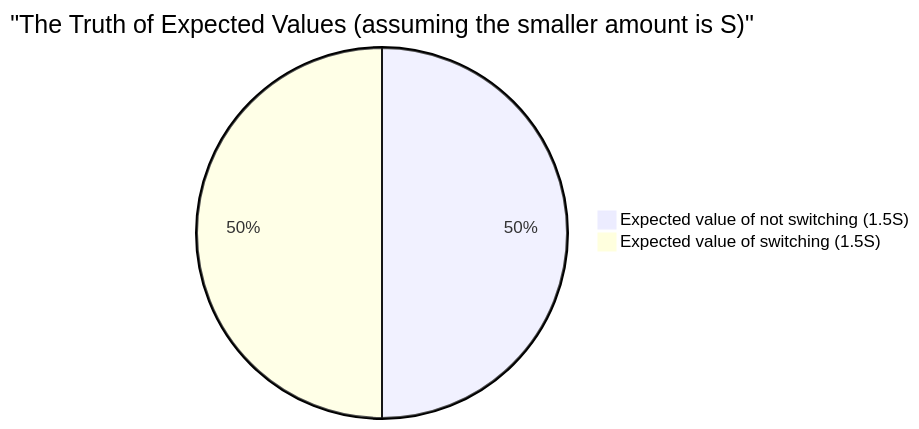
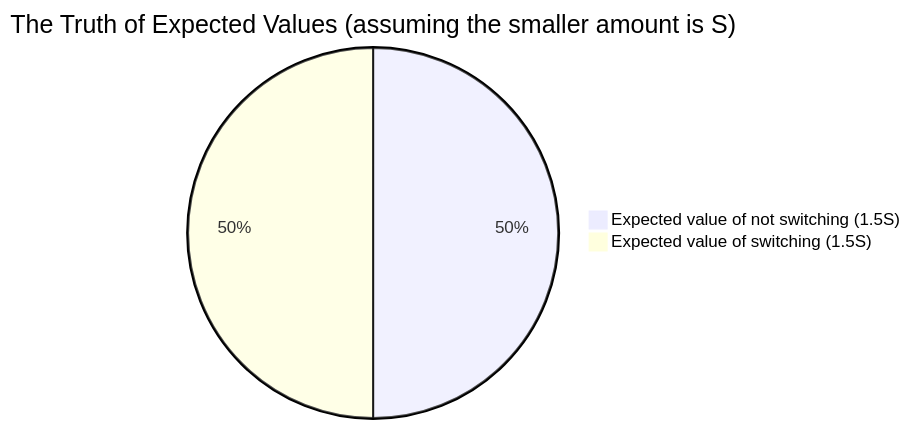
The second of 2 diagrams in content/post/2つの封筒のパラドックス/index.en.md (kenjinote/blog), drawn with Mermaid before and after one commit. The commit also changed other lines of this file and 703 other files, not shown here.

Commit message:
Fix: Remove quotes from Mermaid link texts and timeline definitions to support Mermaid 11.4.1

````diff
--- a/content/post/2つの封筒のパラドックス/index.en.md
+++ b/content/post/2つの封筒のパラドックス/index.en.md
@@ -113,5 +113,5 @@
 ```mermaid
-pie title "The Truth of Expected Values (assuming the smaller amount is S)"
+pie title The Truth of Expected Values (assuming the smaller amount is S)
     "Expected value of not switching (1.5S)" : 50
     "Expected value of switching (1.5S)" : 50
 ```
````
